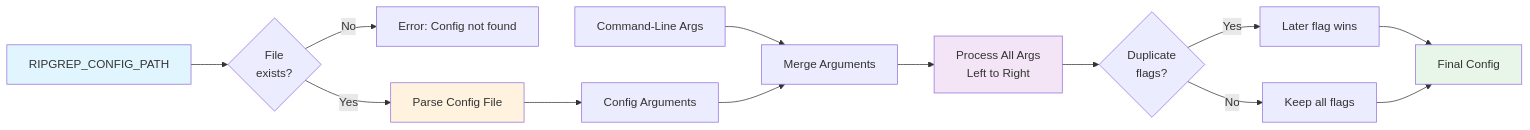
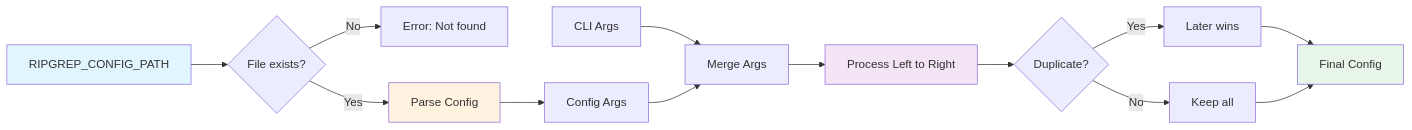
One commit to iepathos/ripgrep changed the second of 3 diagrams in docs/configuration-file.md. Above: the diagram before and after it, drawn with Mermaid.

Commit message:
fix: improve Mermaid diagram readability
Shortened labels in configuration file diagram to reduce width
from 776px to below warning threshold while maintaining clarity.

All diagrams now pass strict validation with no warnings.

````diff
--- a/docs/configuration-file.md
+++ b/docs/configuration-file.md
@@ -160,26 +160,23 @@
 ```mermaid
 flowchart LR
-    Env[RIPGREP_CONFIG_PATH] --> Load{"File
-exists?"}
-    Load -->|No| Error[Error: Config not found]
-    Load -->|Yes| Parse[Parse Config File]
+    Env[RIPGREP_CONFIG_PATH] --> Load{File exists?}
+    Load -->|No| Error[Error: Not found]
+    Load -->|Yes| Parse[Parse Config]
 
-    Parse --> ConfigArgs[Config Arguments]
-    CLI[Command-Line Args] --> Merge[Merge Arguments]
+    Parse --> ConfigArgs[Config Args]
+    CLI[CLI Args] --> Merge[Merge Args]
     ConfigArgs --> Merge
 
-    Merge --> Process["Process All Args
-Left to Right"]
-    Process --> Override{"Duplicate
-flags?"}
-    Override -->|Yes| Later[Later flag wins]
-    Override -->|No| Keep[Keep all flags]
+    Merge --> Process[Process Left to Right]
+    Process --> Override{Duplicate?}
+    Override -->|Yes| Later[Later wins]
+    Override -->|No| Keep[Keep all]
 
     Later --> Final[Final Config]
     Keep --> Final
 
     style Env fill:#e1f5ff
     style Parse fill:#fff3e0
     style Process fill:#f3e5f5
     style Final fill:#e8f5e9
 ```
````
